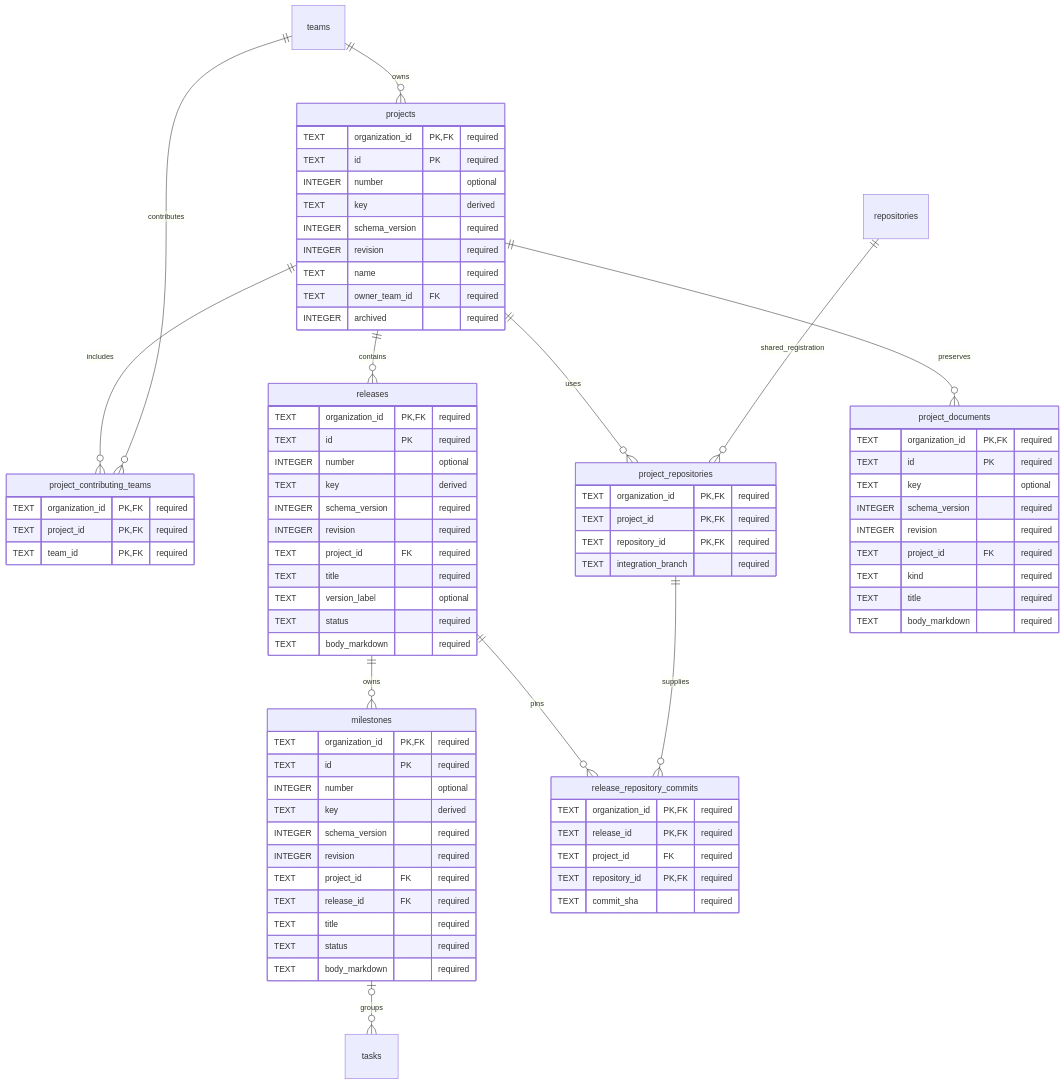
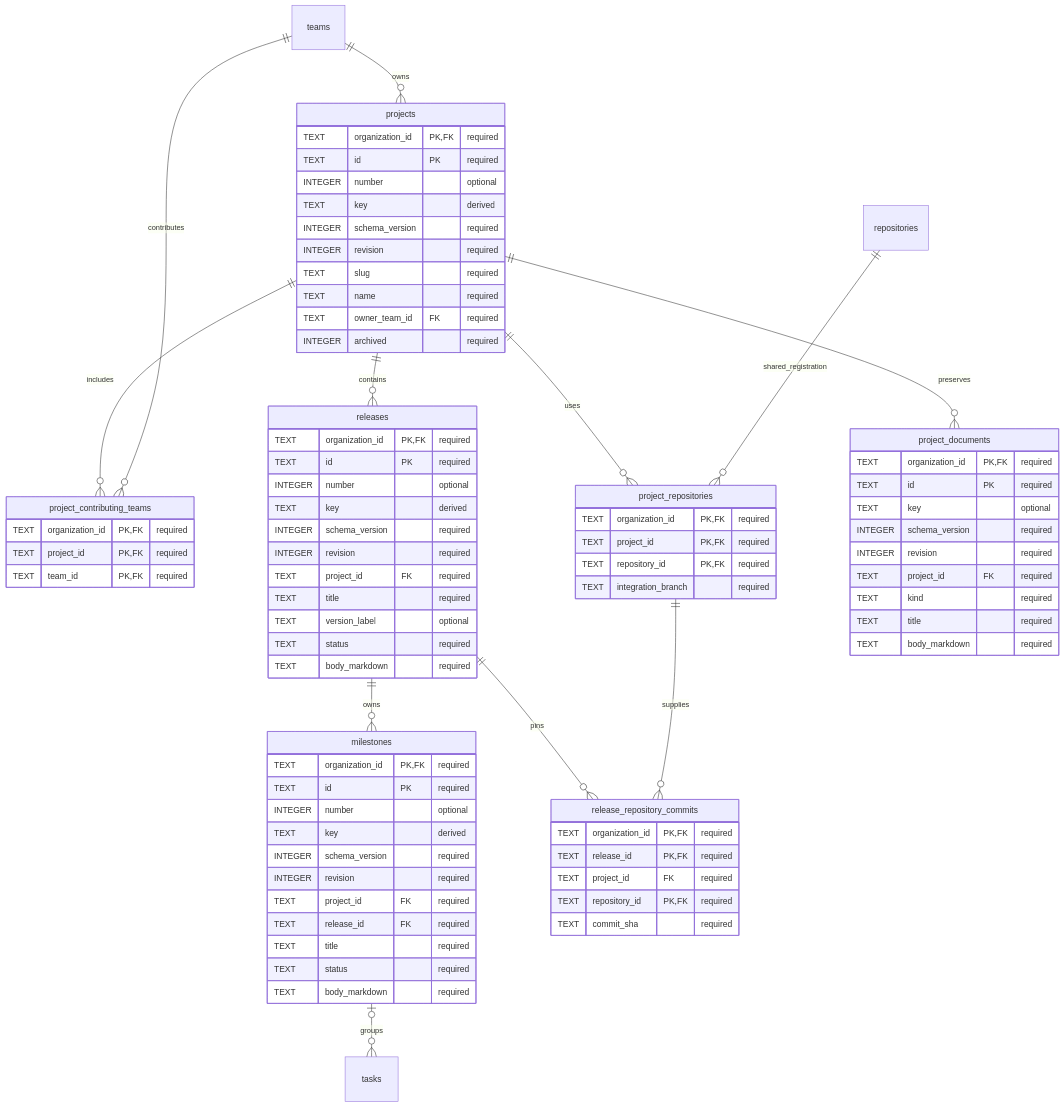
Before and after one commit to vgmello/agentic-org: the diagram in docs/design/organization-data/02-project-structure.md, drawn with Mermaid. The commit also changed other lines of this file and 7 other files, not shown here.

````diff
--- a/docs/design/organization-data/02-project-structure.md
+++ b/docs/design/organization-data/02-project-structure.md
@@ -7,80 +7,81 @@
 ```mermaid
 erDiagram
     teams ||--o{ projects : owns
     projects ||--o{ project_contributing_teams : includes
     teams ||--o{ project_contributing_teams : contributes
     projects ||--o{ project_repositories : uses
     repositories ||--o{ project_repositories : shared_registration
     projects ||--o{ releases : contains
     releases ||--o{ milestones : owns
     releases ||--o{ release_repository_commits : pins
     project_repositories ||--o{ release_repository_commits : supplies
     milestones o|--o{ tasks : groups
     projects ||--o{ project_documents : preserves
     projects {
         TEXT organization_id PK, FK "required"
         TEXT id PK "required"
         INTEGER number "optional"
         TEXT key "derived"
         INTEGER schema_version "required"
         INTEGER revision "required"
+        TEXT slug "required"
         TEXT name "required"
         TEXT owner_team_id FK "required"
         INTEGER archived "required"
     }
     project_contributing_teams {
         TEXT organization_id PK, FK "required"
         TEXT project_id PK, FK "required"
         TEXT team_id PK, FK "required"
     }
     project_repositories {
         TEXT organization_id PK, FK "required"
         TEXT project_id PK, FK "required"
         TEXT repository_id PK, FK "required"
         TEXT integration_branch "required"
     }
     releases {
         TEXT organization_id PK, FK "required"
         TEXT id PK "required"
         INTEGER number "optional"
         TEXT key "derived"
         INTEGER schema_version "required"
         INTEGER revision "required"
         TEXT project_id FK "required"
         TEXT title "required"
         TEXT version_label "optional"
         TEXT status "required"
         TEXT body_markdown "required"
     }
     release_repository_commits {
         TEXT organization_id PK, FK "required"
         TEXT release_id PK, FK "required"
         TEXT project_id FK "required"
         TEXT repository_id PK, FK "required"
         TEXT commit_sha "required"
     }
     milestones {
         TEXT organization_id PK, FK "required"
         TEXT id PK "required"
         INTEGER number "optional"
         TEXT key "derived"
         INTEGER schema_version "required"
         INTEGER revision "required"
         TEXT project_id FK "required"
         TEXT release_id FK "required"
         TEXT title "required"
         TEXT status "required"
         TEXT body_markdown "required"
     }
     project_documents {
         TEXT organization_id PK, FK "required"
         TEXT id PK "required"
         TEXT key "optional"
         INTEGER schema_version "required"
         INTEGER revision "required"
         TEXT project_id FK "required"
         TEXT kind "required"
         TEXT title "required"
         TEXT body_markdown "required"
     }
 ```
````
